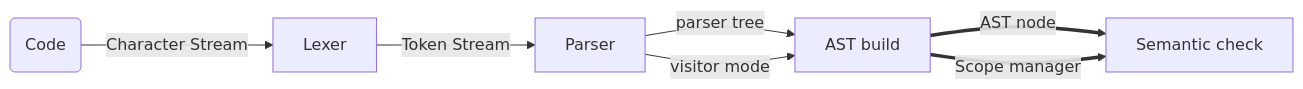
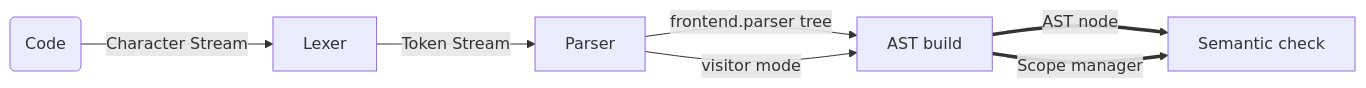
The third of 3 diagrams in README.md (Bariona/Compiler), drawn with Mermaid before and after one commit. The commit also changed other lines of this file and 135 other files, not shown here.

````diff
--- a/README.md
+++ b/README.md
@@ -65,9 +65,9 @@
 ```mermaid
 graph LR
 I(Code)--Character Stream-->L[Lexer]
 L--Token Stream-->P[Parser]
-P--parser tree-->AB[AST build]
+P--frontend.parser tree-->AB[AST build]
 P--visitor mode-->AB[AST build]
 AB==AST node==>S[Semantic check]
 AB==Scope manager==>S
 ```
````
